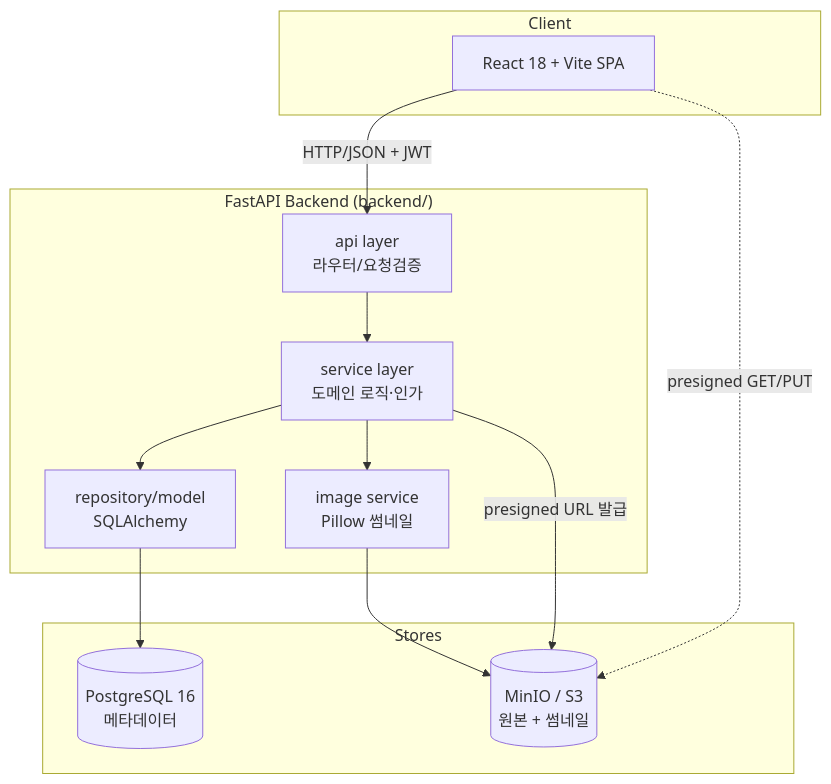
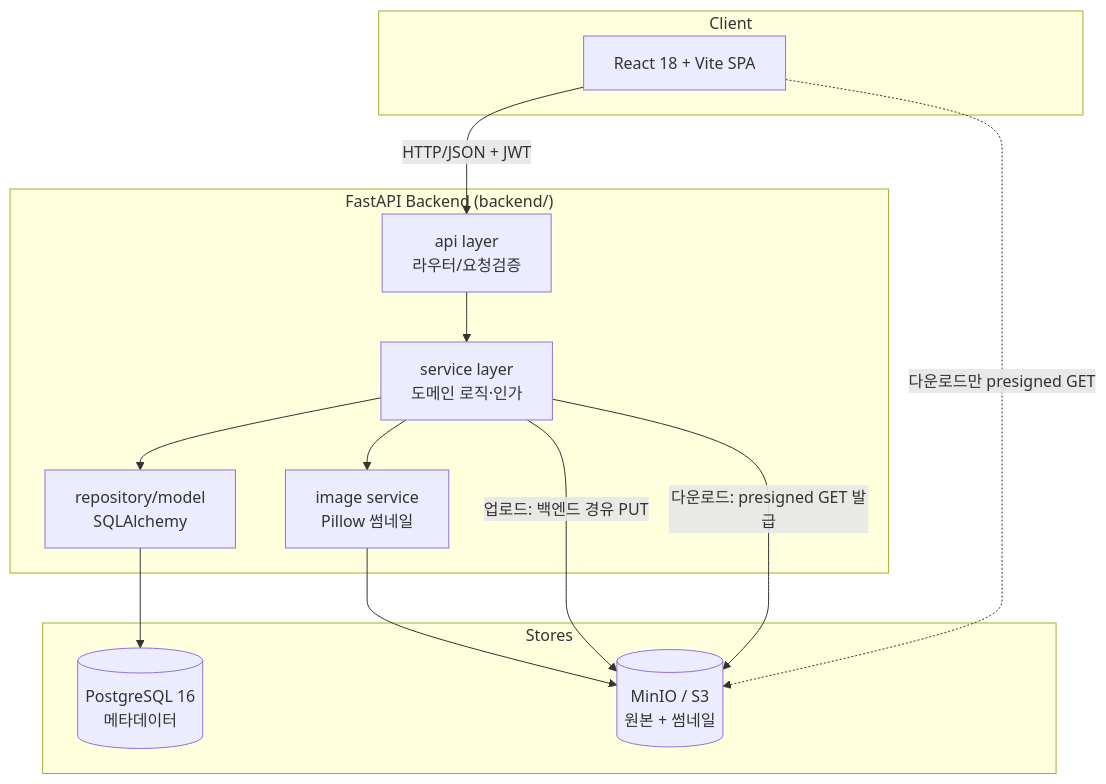
The diagram in docs/architecture/system.md (dalli/boards), drawn with Mermaid before and after one commit. The commit also changed other lines of this file and 11 other files, not shown here.

````diff
--- a/docs/architecture/system.md
+++ b/docs/architecture/system.md
@@ -5,25 +5,26 @@
 ```mermaid
 graph TB
   subgraph Client
     SPA[React 18 + Vite SPA]
   end
   subgraph Backend["FastAPI Backend (backend/)"]
     API[api layer<br/>라우터/요청검증]
     SVC[service layer<br/>도메인 로직·인가]
     REPO[repository/model<br/>SQLAlchemy]
     IMG[image service<br/>Pillow 썸네일]
   end
   subgraph Stores
     PG[(PostgreSQL 16<br/>메타데이터)]
     S3[(MinIO / S3<br/>원본 + 썸네일)]
   end
 
   SPA -->|HTTP/JSON + JWT| API
   API --> SVC
   SVC --> REPO
   SVC --> IMG
   REPO --> PG
   IMG --> S3
-  SVC -->|presigned URL 발급| S3
-  SPA -.->|presigned GET/PUT| S3
+  SVC -->|업로드: 백엔드 경유 PUT| S3
+  SVC -->|다운로드: presigned GET 발급| S3
+  SPA -.->|다운로드만 presigned GET| S3
 ```
````
